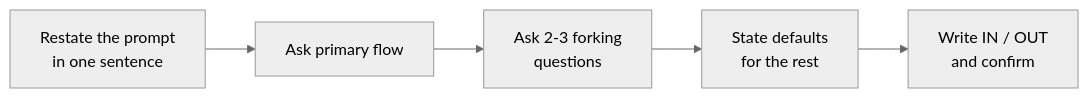
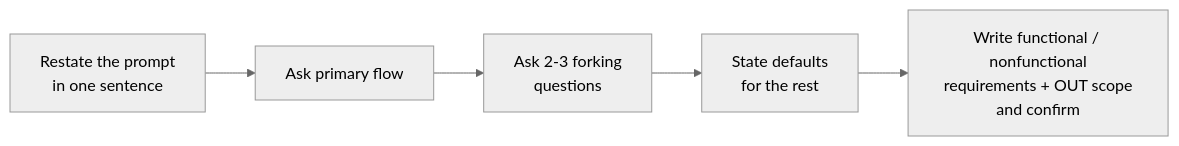
Before and after one commit to Anilinfo2015/anilinfo2015.github.io: the diagram in low-level-design/01-clarifying-requirements-and-scope.md, drawn with Mermaid (neutral theme). The commit also changed other lines of this file and 109 other files, not shown here.

````diff
--- a/low-level-design/01-clarifying-requirements-and-scope.md
+++ b/low-level-design/01-clarifying-requirements-and-scope.md
@@ -60,7 +66,7 @@
 ```mermaid
 flowchart LR
     A[Restate the prompt<br/>in one sentence] --> B[Ask primary flow]
     B --> C[Ask 2-3 forking<br/>questions]
     C --> D[State defaults<br/>for the rest]
-    D --> E[Write IN / OUT<br/>and confirm]
+    D --> E[Write functional / nonfunctional<br/>requirements + OUT scope<br/>and confirm]
 ```
````
